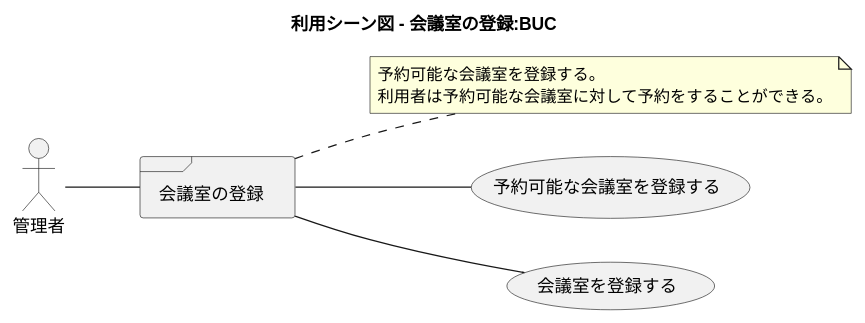
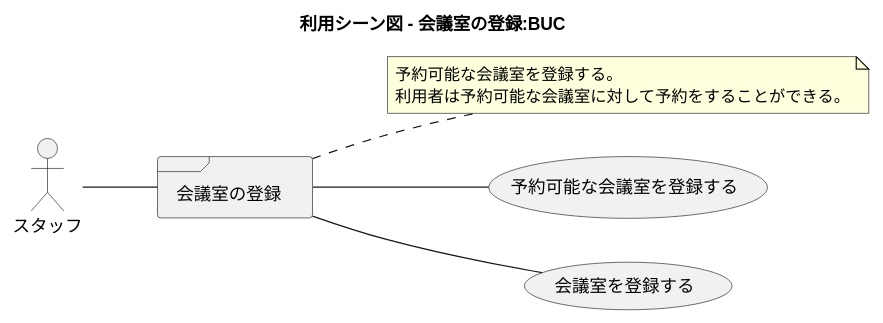
Before and after one commit to k2works/case-study-mrs: the tenth of 24 diagrams in docs/index.adoc, drawn with PlantUML. The commit also changed other lines of this file, not shown here.

```diff
--- a/docs/index.adoc
+++ b/docs/index.adoc
@@ -325,25 +325,25 @@
 [plantuml]
 ----
 @startuml
 
 title 利用シーン図 - 会議室の登録:BUC
 
 left to right direction
 
-actor 管理者 as ac_01
+actor スタッフ as ac_01
 
 frame 会議室の登録
 note right of 会議室の登録
    予約可能な会議室を登録する。
    利用者は予約可能な会議室に対して予約をすることができる。
 end note
 
 usecase 予約可能な会議室を登録する
 
 :ac_01: -- 会議室の登録
 会議室の登録 -- (会議室を登録する)
 会議室の登録 -- (予約可能な会議室を登録する)
 
 
 @enduml
 ----
```
